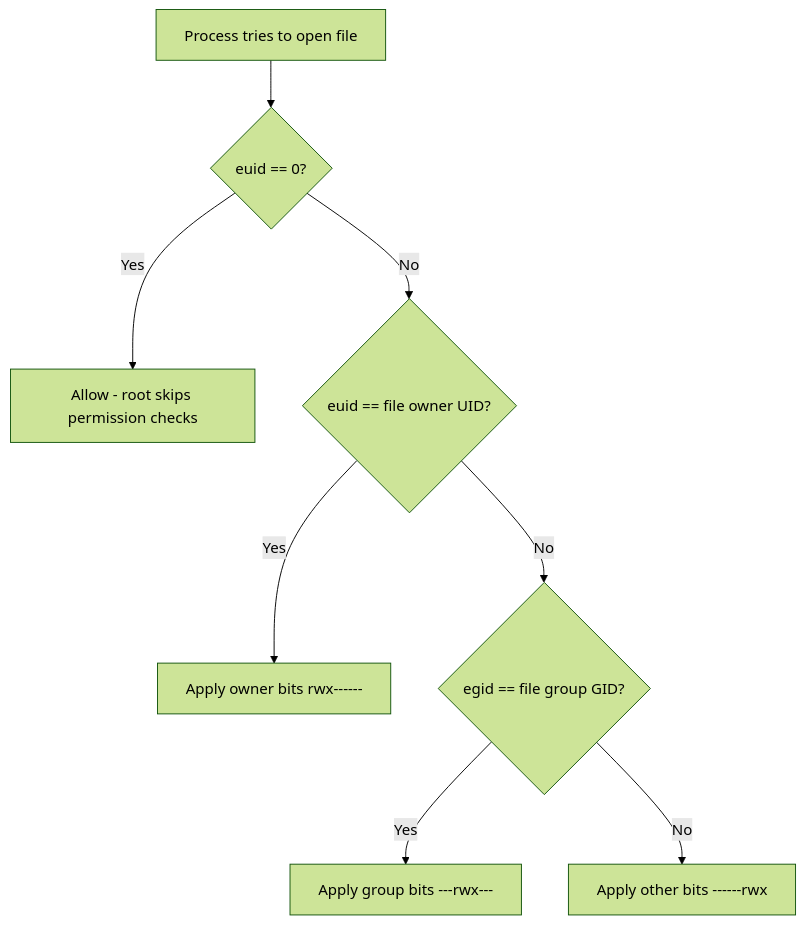
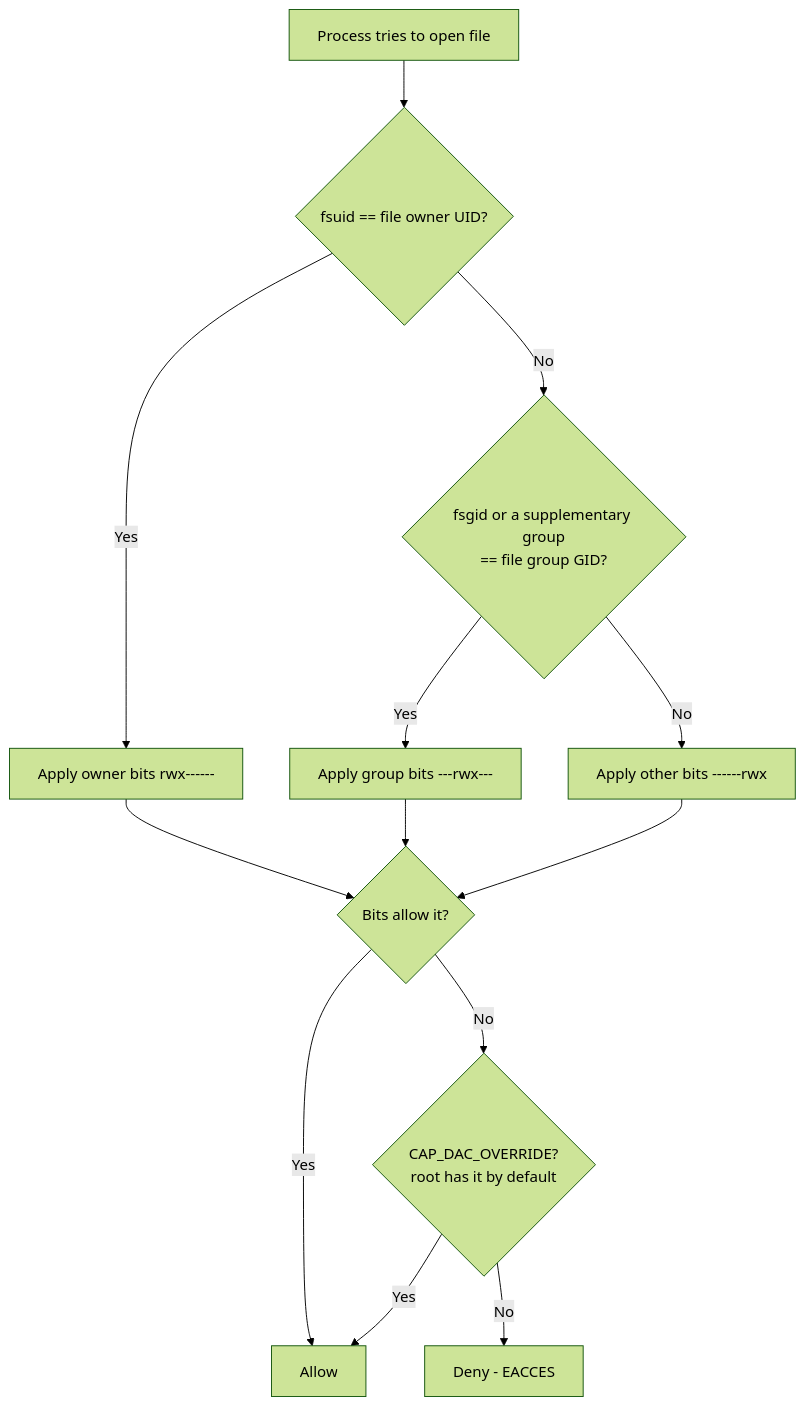
Before and after one commit to ValentinTorassa/Linux-Study-Notes-VT: the diagram in linux-notes/01-big-picture/users-and-root.md, drawn with Mermaid (forest theme). The commit also changed other lines of this file and 1 other file, not shown here.

First line of the commit message:
Users: root is a set of capabilities, and file checks use fsuid and every group

````diff
--- a/linux-notes/01-big-picture/users-and-root.md
+++ b/linux-notes/01-big-picture/users-and-root.md
@@ -31,10 +51,15 @@
 ```mermaid
 flowchart TD
-    A["Process tries to open file"] --> B{"euid == 0?"}
-    B -->|Yes| ALLOW["Allow - root skips permission checks"]
-    B -->|No| C{"euid == file owner UID?"}
-    C -->|Yes| OWN["Apply owner bits rwx------"]
-    C -->|No| D{"egid == file group GID?"}
-    D -->|Yes| GRP["Apply group bits ---rwx---"]
-    D -->|No| OTH["Apply other bits ------rwx"]
+    A["Process tries to open file"] --> B{"fsuid == file owner UID?"}
+    B -->|Yes| OWN["Apply owner bits rwx------"]
+    B -->|No| C{"fsgid or a supplementary group<br/>== file group GID?"}
+    C -->|Yes| GRP["Apply group bits ---rwx---"]
+    C -->|No| OTH["Apply other bits ------rwx"]
+    OWN --> D{"Bits allow it?"}
+    GRP --> D
+    OTH --> D
+    D -->|Yes| ALLOW["Allow"]
+    D -->|No| E{"CAP_DAC_OVERRIDE?<br/>root has it by default"}
+    E -->|Yes| ALLOW
+    E -->|No| DENY["Deny - EACCES"]
 ```
````
